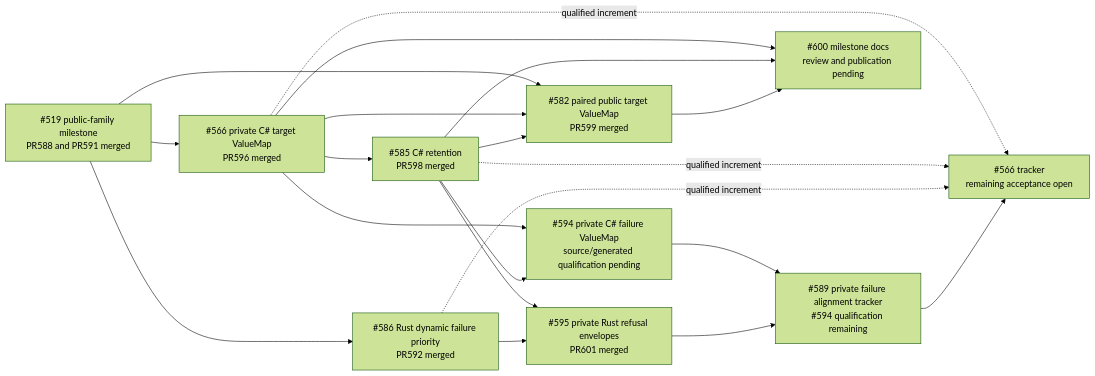
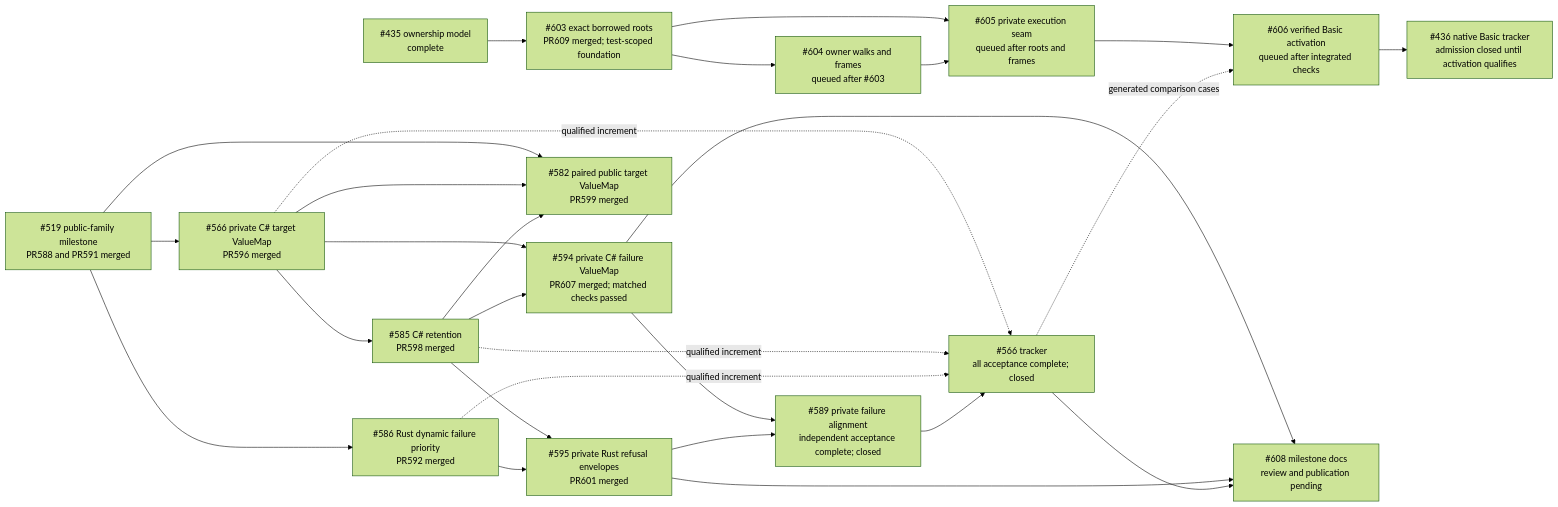
One commit to Aaqibhafeezkhan/ferrule changed the first of 5 diagrams in docs/parallel-work.md. Above: the diagram before and after it, drawn with Mermaid (forest theme). The commit also changed other lines of this file and 1 other file, not shown here.

Commit message:
docs: record Basic alignment completion and native ownership roadmap

````diff
--- a/docs/parallel-work.md
+++ b/docs/parallel-work.md
@@ -112,32 +137,45 @@
 ```mermaid
 flowchart LR
     P519["#519 public-family milestone<br/>PR588 and PR591 merged"]
     T566["#566 private C# target ValueMap<br/>PR596 merged"]
-    F566["#566 tracker<br/>remaining acceptance open"]
+    F566["#566 tracker<br/>all acceptance complete; closed"]
     C585["#585 C# retention<br/>PR598 merged"]
     R586["#586 Rust dynamic failure priority<br/>PR592 merged"]
-    C594["#594 private C# failure ValueMap<br/>source/generated qualification pending"]
+    C594["#594 private C# failure ValueMap<br/>PR607 merged; matched checks passed"]
     R595["#595 private Rust refusal envelopes<br/>PR601 merged"]
-    O589["#589 private failure alignment tracker<br/>#594 qualification remaining"]
+    O589["#589 private failure alignment<br/>independent acceptance complete; closed"]
     V582["#582 paired public target ValueMap<br/>PR599 merged"]
-    D600["#600 milestone docs<br/>review and publication pending"]
+    P435["#435 ownership model<br/>complete"]
+    N603["#603 exact borrowed roots<br/>PR609 merged; test-scoped foundation"]
+    N604["#604 owner walks and frames<br/>queued after #603"]
+    N605["#605 private execution seam<br/>queued after roots and frames"]
+    N606["#606 verified Basic activation<br/>queued after integrated checks"]
+    N436["#436 native Basic tracker<br/>admission closed until activation qualifies"]
+    D608["#608 milestone docs<br/>review and publication pending"]
     P519 --> T566
     T566 --> C585
     P519 --> R586
     T566 --> C594
     C585 --> C594
     C585 --> R595
     R586 --> R595
     C594 --> O589
     R595 --> O589
     T566 -.->|qualified increment| F566
     C585 -.->|qualified increment| F566
     R586 -.->|qualified increment| F566
     O589 --> F566
     P519 --> V582
     T566 --> V582
     C585 --> V582
-    T566 --> D600
-    C585 --> D600
-    V582 --> D600
+    P435 --> N603
+    N603 --> N604
+    N603 --> N605
+    N604 --> N605
+    N605 --> N606
+    N606 --> N436
+    F566 -.->|generated comparison cases| N606
+    C594 --> D608
+    R595 --> D608
+    F566 --> D608
 ```
````
